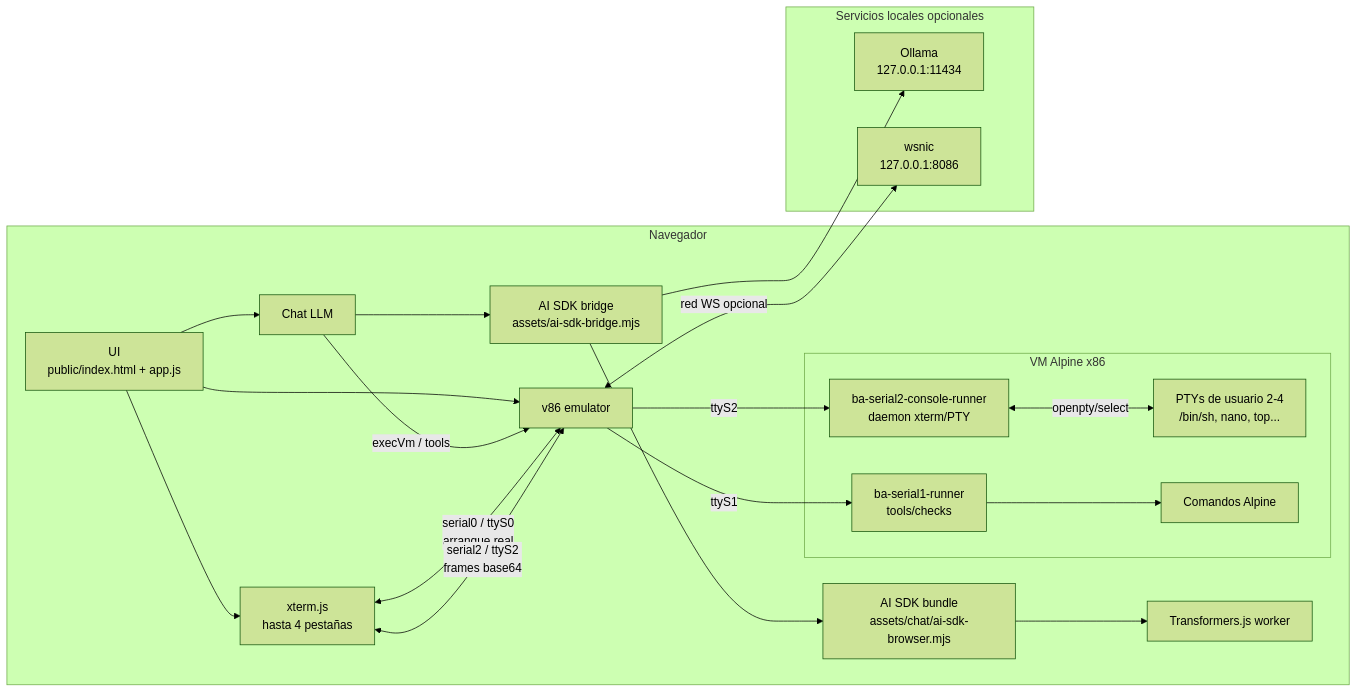
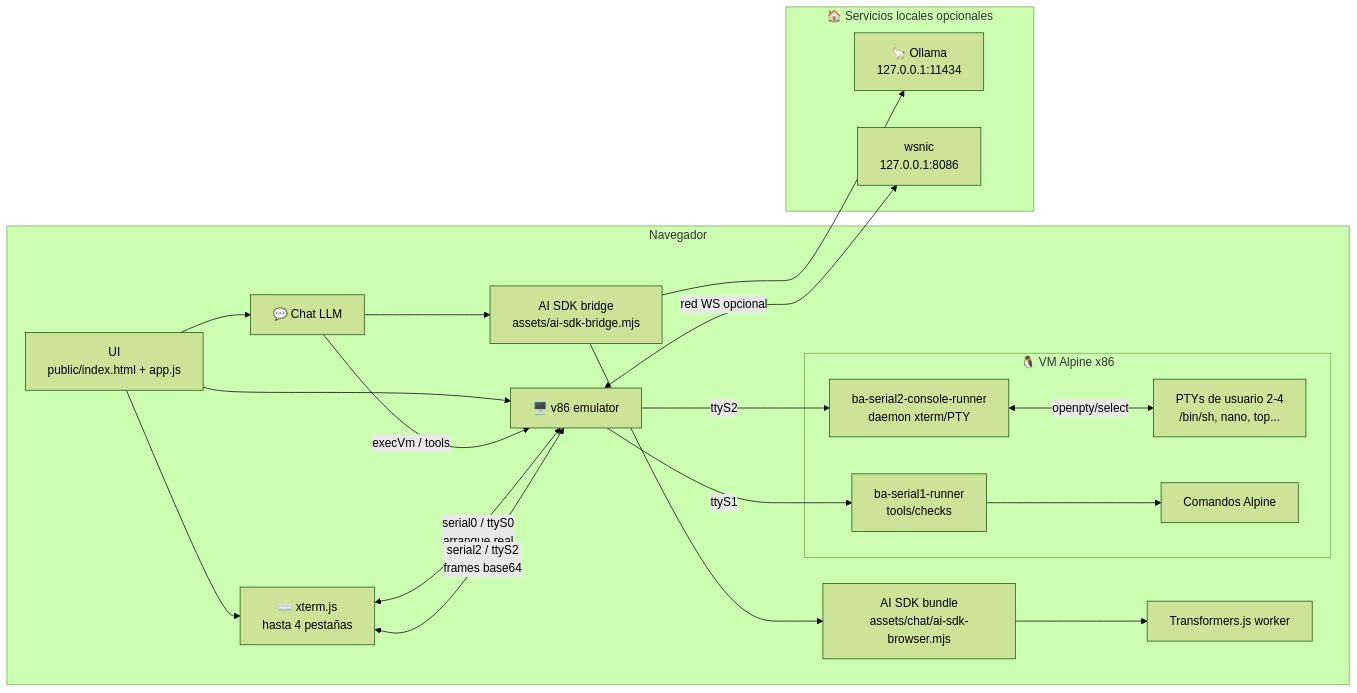
Before and after one commit to Len4m/browser-agent-v86-poc: the diagram in docs/ARCHITECTURE.md, drawn with Mermaid (forest theme).

Commit message:
Enhance ARCHITECTURE.md with emoji icons for improved readability and visual appeal in flowcharts. Updated labels for components to include relevant emojis, enhancing the overall presentation of the architecture diagram.

````diff
--- a/docs/ARCHITECTURE.md
+++ b/docs/ARCHITECTURE.md
@@ -9,40 +9,40 @@
 ```mermaid
 flowchart LR
   subgraph Browser["Navegador"]
     UI["UI<br/>public/index.html + app.js"]
-    Xterm["xterm.js<br/>hasta 4 pestañas"]
-    Chat["Chat LLM"]
+    Xterm["⌨️ xterm.js<br/>hasta 4 pestañas"]
+    Chat["💬 Chat LLM"]
     Bridge["AI SDK bridge<br/>assets/ai-sdk-bridge.mjs"]
     AiBundle["AI SDK bundle<br/>assets/chat/ai-sdk-browser.mjs"]
     Worker["Transformers.js worker"]
-    V86["v86 emulator"]
+    V86["🖥️ v86 emulator"]
 
-    subgraph VM["VM Alpine x86"]
+    subgraph VM["🐧 VM Alpine x86"]
       PTY["PTYs de usuario 2-4<br/>/bin/sh, nano, top..."]
       S1["ba-serial1-runner<br/>tools/checks"]
       S2["ba-serial2-console-runner<br/>daemon xterm/PTY"]
       Tools["Comandos Alpine"]
     end
   end
 
-  subgraph Local["Servicios locales opcionales"]
-    Ollama["Ollama<br/>127.0.0.1:11434"]
+  subgraph Local["🏠 Servicios locales opcionales"]
+    Ollama["🦙 Ollama<br/>127.0.0.1:11434"]
     Wsnic["wsnic<br/>127.0.0.1:8086"]
   end
 
   UI --> Chat
   UI --> Xterm
   UI --> V86
   Chat --> Bridge
   Bridge --> AiBundle
   AiBundle --> Worker
   Bridge --> Ollama
   Chat -->|"execVm / tools"| V86
   Xterm <-->|"serial0 / ttyS0<br/>arranque real"| V86
   Xterm <-->|"serial2 / ttyS2<br/>frames base64"| V86
   V86 -->|"ttyS1"| S1
   S1 --> Tools
   V86 -->|"ttyS2"| S2
   S2 <-->|"openpty/select"| PTY
   V86 <-->|"red WS opcional"| Wsnic
 ```
````
